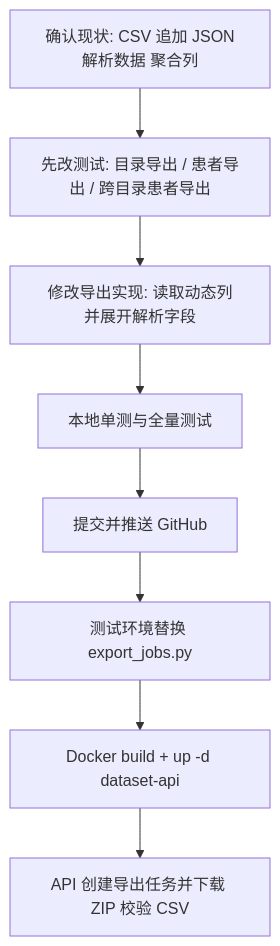
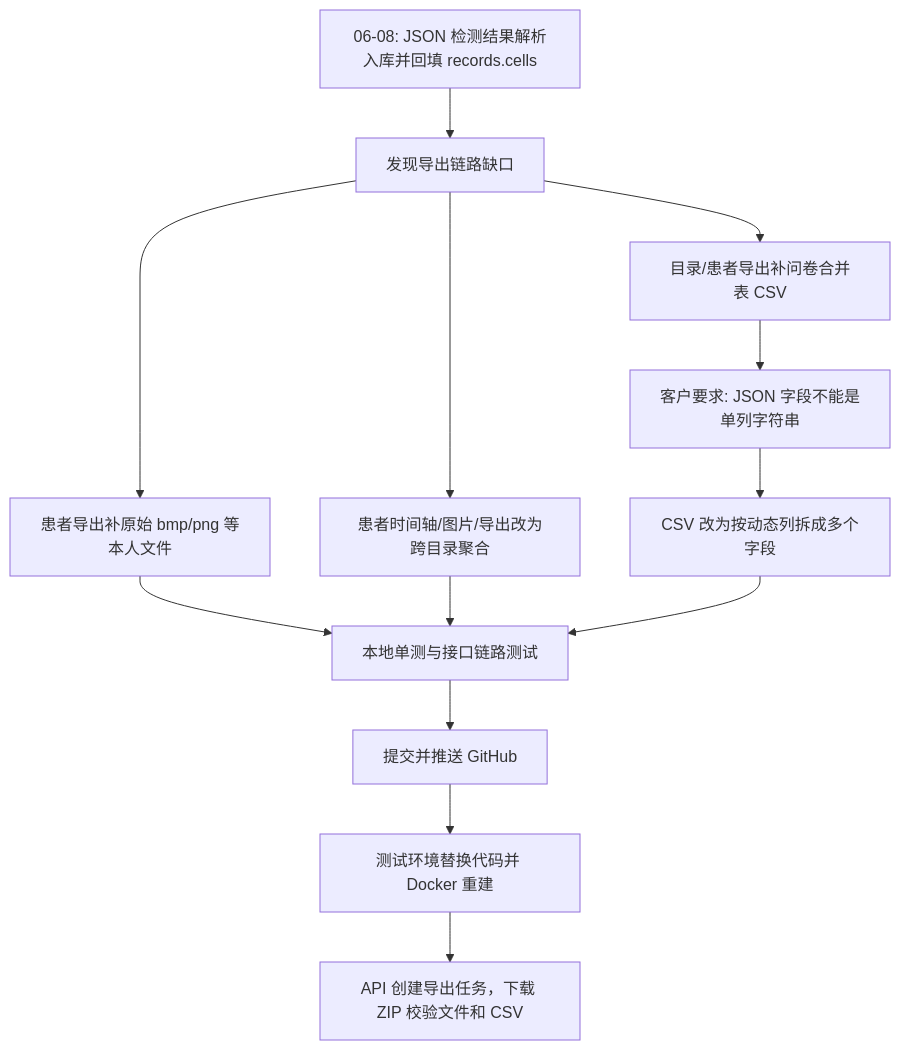
Before and after one commit to EmergencerOnEarth/dataset-management-backend: the diagram in docs/work-logs/2026-06-10_JSON解析字段导出CSV多列拆分与测试环境验证.md, drawn with Mermaid. The commit also changed other lines of this file, not shown here.

Commit message:
docs: expand export repair worklog

````diff
--- a/docs/work-logs/2026-06-10_JSON解析字段导出CSV多列拆分与测试环境验证.md
+++ b/docs/work-logs/2026-06-10_JSON解析字段导出CSV多列拆分与测试环境验证.md
@@ -9,10 +25,15 @@
 ```mermaid
 flowchart TD
-    A["确认现状: CSV 追加 JSON解析数据 聚合列"] --> B["先改测试: 目录导出 / 患者导出 / 跨目录患者导出"]
-    B --> C["修改导出实现: 读取动态列并展开解析字段"]
-    C --> D["本地单测与全量测试"]
-    D --> E["提交并推送 GitHub"]
-    E --> F["测试环境替换 export_jobs.py"]
-    F --> G["Docker build + up -d dataset-api"]
-    G --> H["API 创建导出任务并下载 ZIP 校验 CSV"]
+    A["06-08: JSON 检测结果解析入库并回填 records.cells"] --> B["发现导出链路缺口"]
+    B --> C["患者导出补原始 bmp/png 等本人文件"]
+    B --> D["目录/患者导出补问卷合并表 CSV"]
+    B --> E["患者时间轴/图片/导出改为跨目录聚合"]
+    D --> F["客户要求: JSON 字段不能是单列字符串"]
+    F --> G["CSV 改为按动态列拆成多个字段"]
+    C --> H["本地单测与接口链路测试"]
+    E --> H
+    G --> H
+    H --> I["提交并推送 GitHub"]
+    I --> J["测试环境替换代码并 Docker 重建"]
+    J --> K["API 创建导出任务，下载 ZIP 校验文件和 CSV"]
 ```
````
